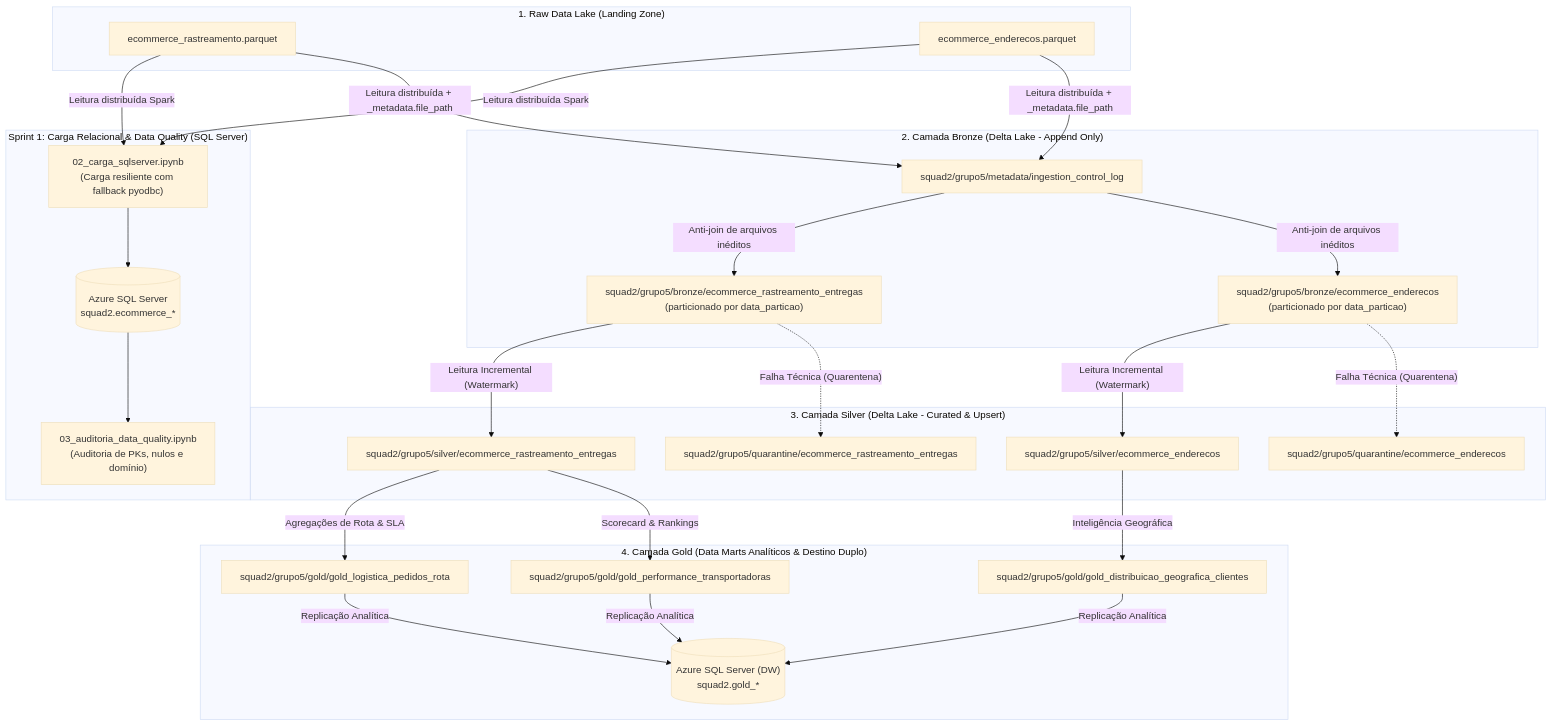
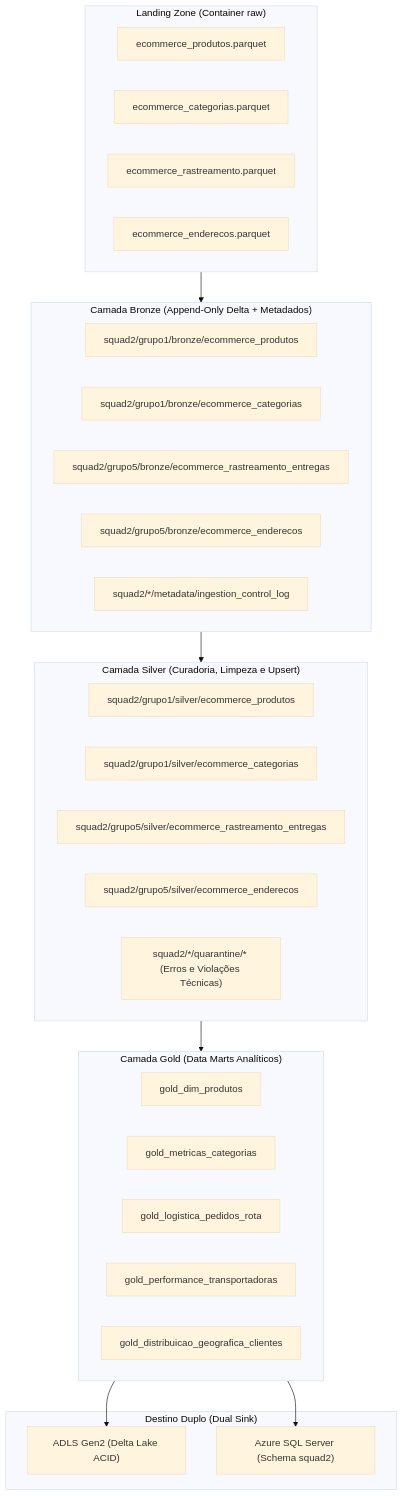
The diagram in squad2/README.md (GeovanyADCancio/estagio-empregadados-turma-2), drawn with Mermaid (base theme) before and after one commit. The commit also changed other lines of this file and 8 other files, not shown here.

````diff
--- a/squad2/README.md
+++ b/squad2/README.md
@@ -15,54 +31,44 @@
 ```mermaid
 flowchart TD
-    subgraph Raw ["1. Raw Data Lake (Landing Zone)"]
-        R1["ecommerce_rastreamento.parquet"]
-        R2["ecommerce_enderecos.parquet"]
+    subgraph RAW ["Landing Zone (Container raw)"]
+        R1["ecommerce_produtos.parquet"]
+        R2["ecommerce_categorias.parquet"]
+        R3["ecommerce_rastreamento.parquet"]
+        R4["ecommerce_enderecos.parquet"]
     end
 
-    subgraph Sprint1 ["Sprint 1: Carga Relacional & Data Quality (SQL Server)"]
-        SQL_LOAD["02_carga_sqlserver.ipynb\n(Carga resiliente com fallback pyodbc)"]
-        SQL_AUDIT["03_auditoria_data_quality.ipynb\n(Auditoria de PKs, nulos e domínio)"]
-        SQL_DB[("Azure SQL Server\nsquad2.ecommerce_*")]
+    subgraph BRONZE ["Camada Bronze (Append-Only Delta + Metadados)"]
+        B1["squad2/grupo1/bronze/ecommerce_produtos"]
+        B2["squad2/grupo1/bronze/ecommerce_categorias"]
+        B3["squad2/grupo5/bronze/ecommerce_rastreamento_entregas"]
+        B4["squad2/grupo5/bronze/ecommerce_enderecos"]
+        B_CTRL["squad2/*/metadata/ingestion_control_log"]
     end
 
-    subgraph Bronze ["2. Camada Bronze (Delta Lake - Append Only)"]
-        B_CTRL["squad2/grupo5/metadata/ingestion_control_log"]
-        B1["squad2/grupo5/bronze/ecommerce_rastreamento_entregas\n(particionado por data_particao)"]
-        B2["squad2/grupo5/bronze/ecommerce_enderecos\n(particionado por data_particao)"]
+    subgraph SILVER ["Camada Silver (Curadoria, Limpeza e Upsert)"]
+        S1["squad2/grupo1/silver/ecommerce_produtos"]
+        S2["squad2/grupo1/silver/ecommerce_categorias"]
+        S3["squad2/grupo5/silver/ecommerce_rastreamento_entregas"]
+        S4["squad2/grupo5/silver/ecommerce_enderecos"]
+        Q["squad2/*/quarantine/* (Erros e Violações Técnicas)"]
     end
 
-    subgraph Silver ["3. Camada Silver (Delta Lake - Curated & Upsert)"]
-        S1["squad2/grupo5/silver/ecommerce_rastreamento_entregas"]
-        S2["squad2/grupo5/silver/ecommerce_enderecos"]
-        Q1["squad2/grupo5/quarantine/ecommerce_rastreamento_entregas"]
-        Q2["squad2/grupo5/quarantine/ecommerce_enderecos"]
+    subgraph GOLD ["Camada Gold (Data Marts Analíticos)"]
+        G1["gold_dim_produtos"]
+        G2["gold_metricas_categorias"]
+        G3["gold_logistica_pedidos_rota"]
+        G4["gold_performance_transportadoras"]
+        G5["gold_distribuicao_geografica_clientes"]
     end
 
-    subgraph Gold ["4. Camada Gold (Data Marts Analíticos & Destino Duplo)"]
-        G1["squad2/grupo5/gold/gold_logistica_pedidos_rota"]
-        G2["squad2/grupo5/gold/gold_performance_transportadoras"]
-        G3["squad2/grupo5/gold/gold_distribuicao_geografica_clientes"]
-        SQL_GOLD[("Azure SQL Server (DW)\nsquad2.gold_*")]
+    subgraph DESTINOS ["Destino Duplo (Dual Sink)"]
+        D_LAKE["ADLS Gen2 (Delta Lake ACID)"]
+        D_SQL["Azure SQL Server (Schema squad2)"]
     end
 
-    R1 -->|"Leitura distribuída Spark"| SQL_LOAD
-    R2 -->|"Leitura distribuída Spark"| SQL_LOAD
-    SQL_LOAD --> SQL_DB
-    SQL_DB --> SQL_AUDIT
-
-    R1 -->|"Leitura distribuída + _metadata.file_path"| B_CTRL
-    R2 -->|"Leitura distribuída + _metadata.file_path"| B_CTRL
-    B_CTRL -->|"Anti-join de arquivos inéditos"| B1
-    B_CTRL -->|"Anti-join de arquivos inéditos"| B2
-
-    B1 -->|"Leitura Incremental (Watermark)"| S1
-    B1 -.->|"Falha Técnica (Quarentena)"| Q1
-    B2 -->|"Leitura Incremental (Watermark)"| S2
-    B2 -.->|"Falha Técnica (Quarentena)"| Q2
-
-    S1 -->|"Agregações de Rota & SLA"| G1
-    S1 -->|"Scorecard & Rankings"| G2
-    S2 -->|"Inteligência Geográfica"| G3
-
-    G1 & G2 & G3 -->|"Replicação Analítica"| SQL_GOLD
+    RAW --> BRONZE
+    BRONZE --> SILVER
+    SILVER --> GOLD
+    GOLD --> D_LAKE
+    GOLD --> D_SQL
 ```
````
